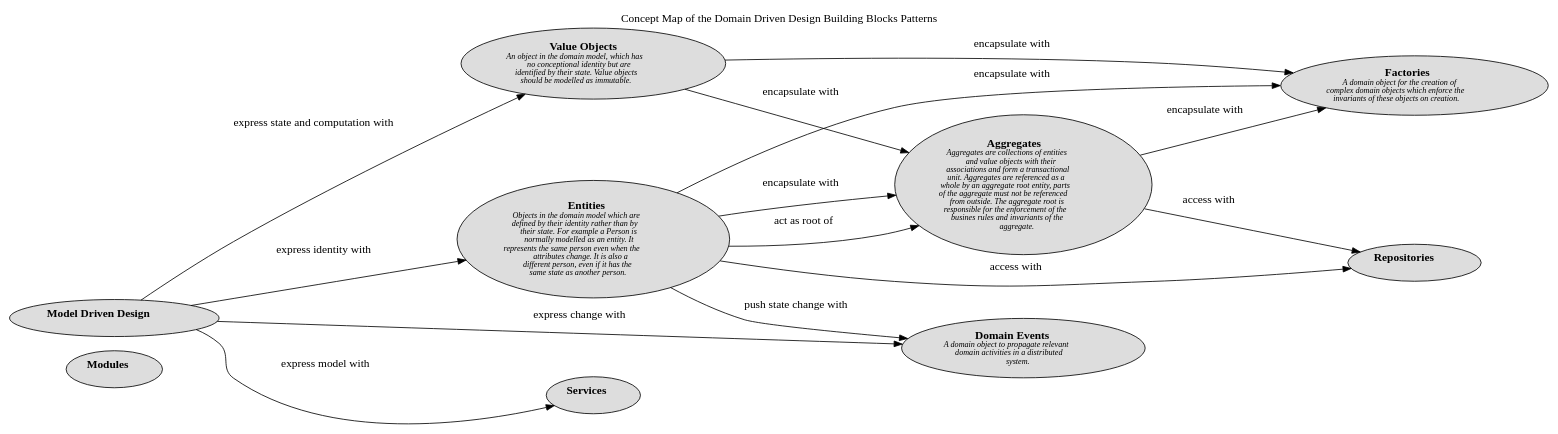
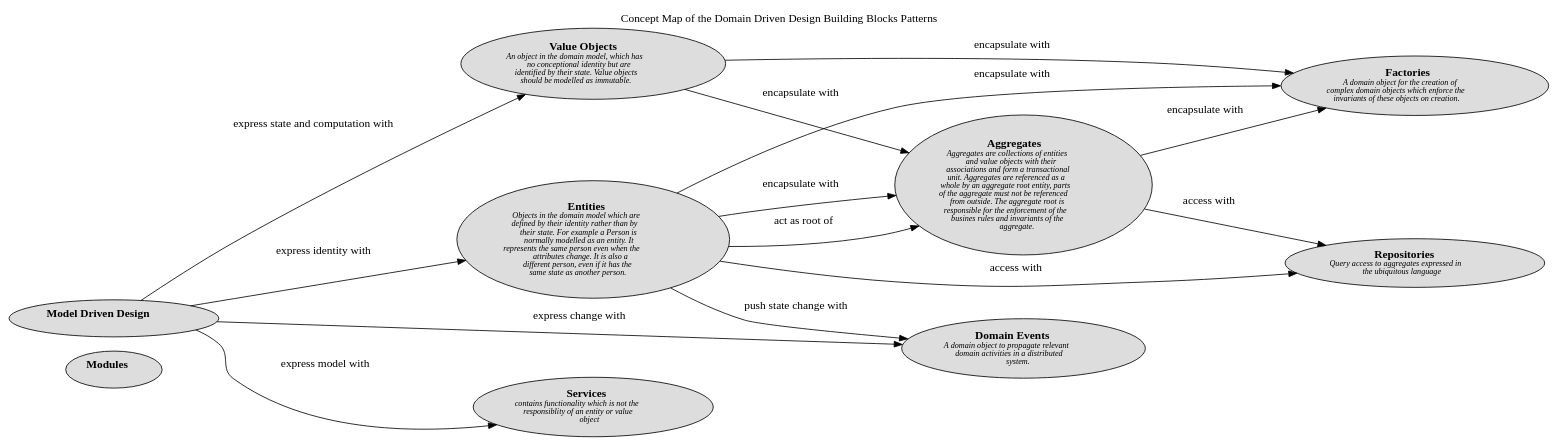
The diagram in docs/software-development/domain-driven-design/building-blocks/concept-view.dot (lsolbach/overarch-models), drawn with Graphviz before and after one commit. The commit also changed 10 other files, not shown here.

```diff
--- a/docs/software-development/domain-driven-design/building-blocks/concept-view.dot
+++ b/docs/software-development/domain-driven-design/building-blocks/concept-view.dot
@@ -1,33 +1,33 @@
 digraph "Concept Map of the Domain Driven Design Building Blocks Patterns" {
   labelloc= "t"
   label="Concept Map of the Domain Driven Design Building Blocks Patterns"
   rankdir="LR"
 
   layout=dot
 software_development_domain_driven_design_building_blocks__c_modules [shape=ellipse style=filled fillcolor="#dddddd" label=<<B>Modules</B><BR/><FONT POINT-SIZE="10"><I> </I></FONT>>]
 software_development_domain_driven_design_building_blocks__c_value_objects [shape=ellipse style=filled fillcolor="#dddddd" label=<<B>Value Objects</B><BR/><FONT POINT-SIZE="10"><I>An object in the domain model, which has<BR/>no conceptional identity but are<BR/>identified by their state. Value objects<BR/>should be modelled as immutable. </I></FONT>>]
-software_development_domain_driven_design_building_blocks__c_services [shape=ellipse style=filled fillcolor="#dddddd" label=<<B>Services</B><BR/><FONT POINT-SIZE="10"><I> </I></FONT>>]
+software_development_domain_driven_design_building_blocks__c_repositories [shape=ellipse style=filled fillcolor="#dddddd" label=<<B>Repositories</B><BR/><FONT POINT-SIZE="10"><I>Query access to aggregates expressed in<BR/>the ubiquitous language </I></FONT>>]
 software_development_domain_driven_design_modelling__c_model_driven_design [shape=ellipse style=filled fillcolor="#dddddd" label=<<B>Model Driven Design</B><BR/><FONT POINT-SIZE="10"><I> </I></FONT>>]
+software_development_domain_driven_design_building_blocks__c_services [shape=ellipse style=filled fillcolor="#dddddd" label=<<B>Services</B><BR/><FONT POINT-SIZE="10"><I>contains functionality which is not the<BR/>responsiblity of an entity or value<BR/>object </I></FONT>>]
 software_development_domain_driven_design_building_blocks__c_entities [shape=ellipse style=filled fillcolor="#dddddd" label=<<B>Entities</B><BR/><FONT POINT-SIZE="10"><I>Objects in the domain model which are<BR/>defined by their identity rather than by<BR/>their state. For example a Person is<BR/>normally modelled as an entity. It<BR/>represents the same person even when the<BR/>attributes change. It is also a<BR/>different person, even if it has the<BR/>same state as another person. </I></FONT>>]
 software_development_domain_driven_design_building_blocks__c_domain_events [shape=ellipse style=filled fillcolor="#dddddd" label=<<B>Domain Events</B><BR/><FONT POINT-SIZE="10"><I>A domain object to propagate relevant<BR/>domain activities in a distributed<BR/>system. </I></FONT>>]
 software_development_domain_driven_design_building_blocks__c_factories [shape=ellipse style=filled fillcolor="#dddddd" label=<<B>Factories</B><BR/><FONT POINT-SIZE="10"><I>A domain object for the creation of<BR/>complex domain objects which enforce the<BR/>invariants of these objects on creation. </I></FONT>>]
 software_development_domain_driven_design_building_blocks__c_aggregates [shape=ellipse style=filled fillcolor="#dddddd" label=<<B>Aggregates</B><BR/><FONT POINT-SIZE="10"><I>Aggregates are collections of entities<BR/>and value objects with their<BR/>associations and form a transactional<BR/>unit. Aggregates are referenced as a<BR/>whole by an aggregate root entity, parts<BR/>of the aggregate must not be referenced<BR/>from outside. The aggregate root is<BR/>responsible for the enforcement of the<BR/>busines rules and invariants of the<BR/>aggregate. </I></FONT>>]
-software_development_domain_driven_design_building_blocks__c_repositories [shape=ellipse style=filled fillcolor="#dddddd" label=<<B>Repositories</B><BR/><FONT POINT-SIZE="10"><I> </I></FONT>>]
  
 software_development_domain_driven_design_building_blocks__c_entities -> software_development_domain_driven_design_building_blocks__c_aggregates [label=<encapsulate with<BR/><FONT POINT-SIZE="10"><I> </I></FONT>>]
 software_development_domain_driven_design_building_blocks__c_value_objects -> software_development_domain_driven_design_building_blocks__c_aggregates [label=<encapsulate with<BR/><FONT POINT-SIZE="10"><I> </I></FONT>>]
 software_development_domain_driven_design_building_blocks__c_entities -> software_development_domain_driven_design_building_blocks__c_domain_events [label=<push state change with<BR/><FONT POINT-SIZE="10"><I> </I></FONT>>]
 software_development_domain_driven_design_building_blocks__c_entities -> software_development_domain_driven_design_building_blocks__c_repositories [label=<access with<BR/><FONT POINT-SIZE="10"><I> </I></FONT>>]
 software_development_domain_driven_design_building_blocks__c_aggregates -> software_development_domain_driven_design_building_blocks__c_repositories [label=<access with<BR/><FONT POINT-SIZE="10"><I> </I></FONT>>]
 software_development_domain_driven_design_building_blocks__c_value_objects -> software_development_domain_driven_design_building_blocks__c_factories [label=<encapsulate with<BR/><FONT POINT-SIZE="10"><I> </I></FONT>>]
 software_development_domain_driven_design_building_blocks__c_entities -> software_development_domain_driven_design_building_blocks__c_aggregates [label=<act as root of<BR/><FONT POINT-SIZE="10"><I> </I></FONT>>]
 software_development_domain_driven_design_modelling__c_model_driven_design -> software_development_domain_driven_design_building_blocks__c_domain_events [label=<express change with<BR/><FONT POINT-SIZE="10"><I> </I></FONT>>]
 software_development_domain_driven_design_building_blocks__c_entities -> software_development_domain_driven_design_building_blocks__c_factories [label=<encapsulate with<BR/><FONT POINT-SIZE="10"><I> </I></FONT>>]
 software_development_domain_driven_design_modelling__c_model_driven_design -> software_development_domain_driven_design_building_blocks__c_services [label=<express model with<BR/><FONT POINT-SIZE="10"><I> </I></FONT>>]
 software_development_domain_driven_design_modelling__c_model_driven_design -> software_development_domain_driven_design_building_blocks__c_value_objects [label=<express state and computation with<BR/><FONT POINT-SIZE="10"><I> </I></FONT>>]
 software_development_domain_driven_design_modelling__c_model_driven_design -> software_development_domain_driven_design_building_blocks__c_entities [label=<express identity with<BR/><FONT POINT-SIZE="10"><I> </I></FONT>>]
 software_development_domain_driven_design_building_blocks__c_aggregates -> software_development_domain_driven_design_building_blocks__c_factories [label=<encapsulate with<BR/><FONT POINT-SIZE="10"><I> </I></FONT>>]
  
 }
 
 // (generated by Overarch with template views/view.dot.cmb)
```
